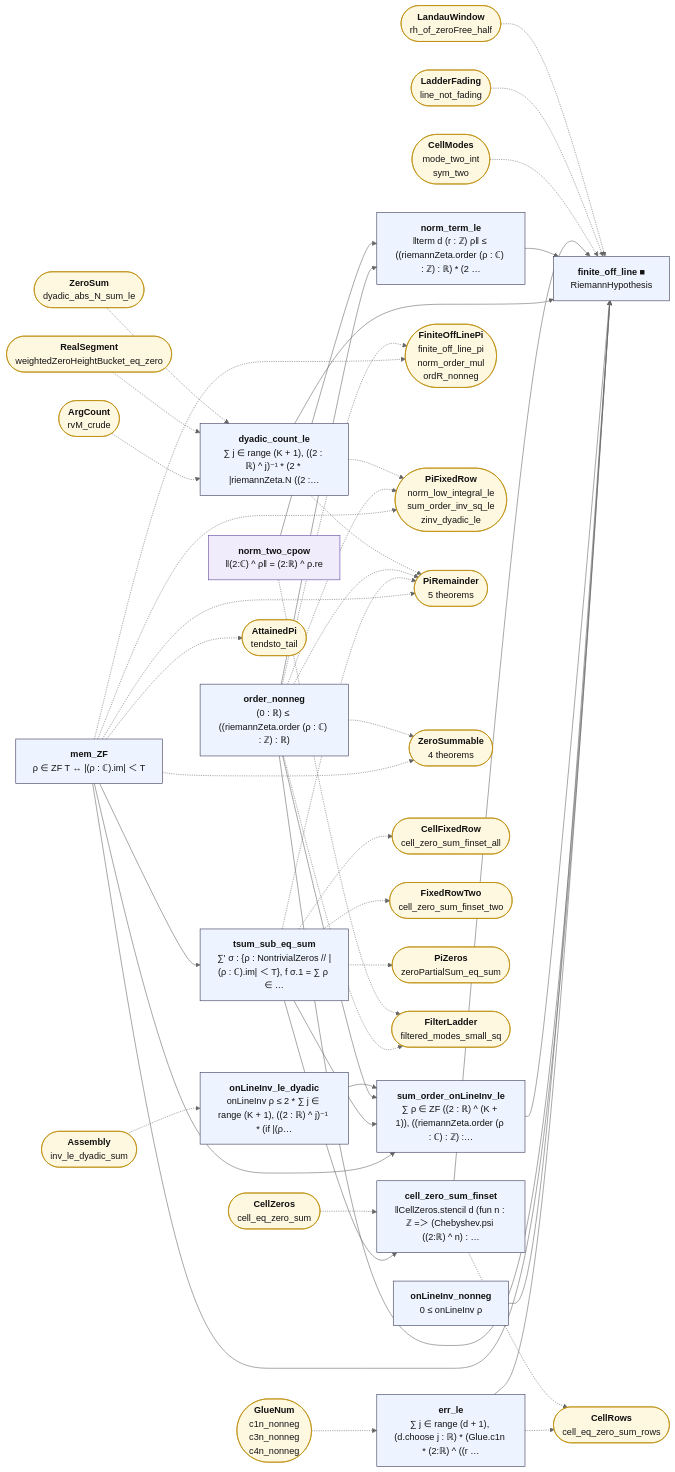
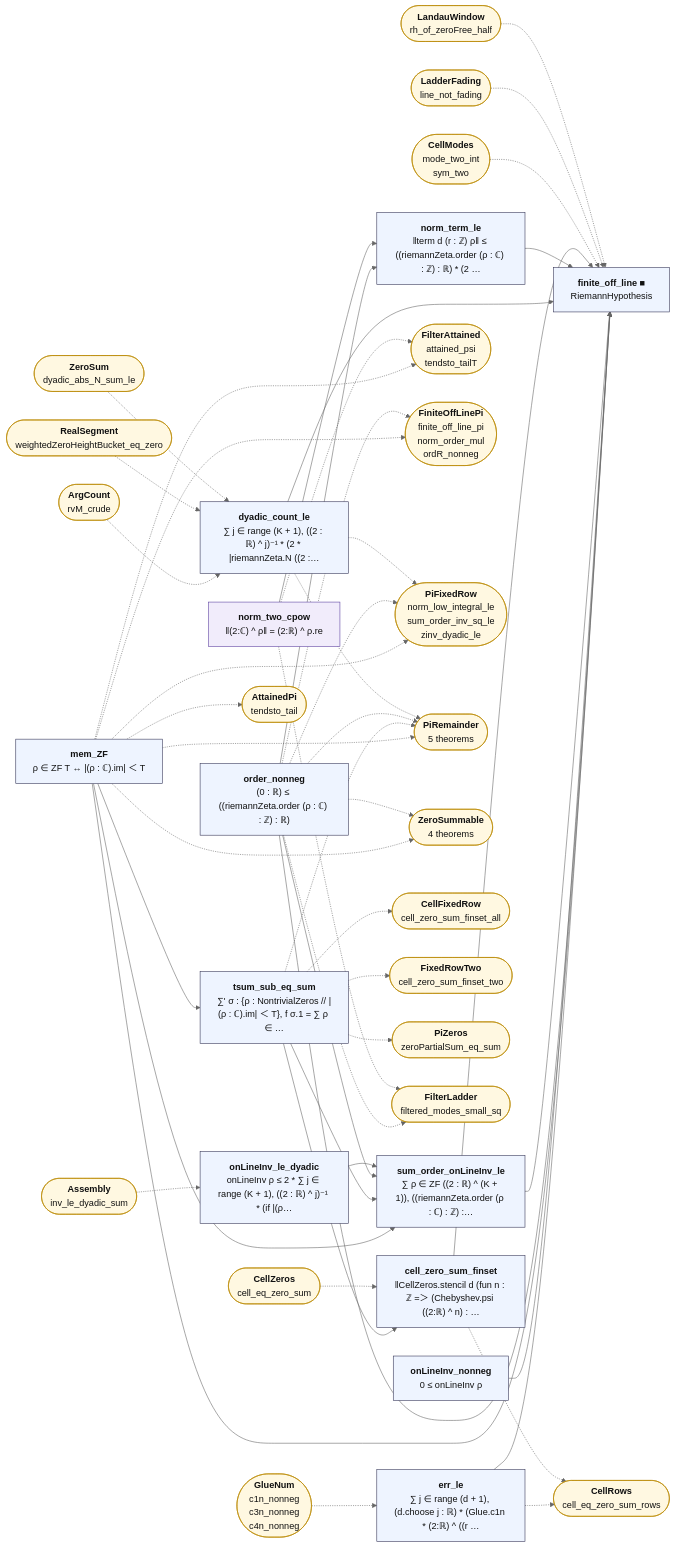
Before and after one commit to juliansambranojr/Primebeat_081426: the diagram in map/lean_stage3/FiniteOffLine.mmd, drawn with Mermaid (neutral theme). The commit also changed 36 other files, not shown here.

First line of the commit message:
Block S2: a rate attained under some filter contradicts the ladder bound (unit 0467)

```diff
--- a/map/lean_stage3/FiniteOffLine.mmd
+++ b/map/lean_stage3/FiniteOffLine.mmd
@@ -1,84 +1,87 @@
 flowchart LR
   n0["<b>mem_ZF</b><br/>ρ ∈ ZF T ↔ |(ρ : ℂ).im| ＜ T"]:::thm
   n1["<b>tsum_sub_eq_sum</b><br/>∑' σ : {ρ : NontrivialZeros // |(ρ : ℂ).im| ＜ T}, f σ.1 = ∑ ρ ∈ …"]:::thm
   n2["<b>order_nonneg</b><br/>(0 : ℝ) ≤ ((riemannZeta.order (ρ : ℂ) : ℤ) : ℝ)"]:::thm
   n3["<b>onLineInv_nonneg</b><br/>0 ≤ onLineInv ρ"]:::thm
   n4["<b>onLineInv_le_dyadic</b><br/>onLineInv ρ ≤ 2 * ∑ j ∈ range (K + 1), ((2 : ℝ) ^ j)⁻¹ * (if |(ρ…"]:::thm
   n5["<b>sum_order_onLineInv_le</b><br/>∑ ρ ∈ ZF ((2 : ℝ) ^ (K + 1)), ((riemannZeta.order (ρ : ℂ) : ℤ) :…"]:::thm
   n6["<b>dyadic_count_le</b><br/>∑ j ∈ range (K + 1), ((2 : ℝ) ^ j)⁻¹ * (2 * |riemannZeta.N ((2 :…"]:::thm
   n7["<b>norm_two_cpow</b><br/>‖(2:ℂ) ^ ρ‖ = (2:ℝ) ^ ρ.re"]:::shp
   n8["<b>norm_term_le</b><br/>‖term d (r : ℤ) ρ‖ ≤ ((riemannZeta.order (ρ : ℂ) : ℤ) : ℝ) * (2 …"]:::thm
   n9["<b>cell_zero_sum_finset</b><br/>‖CellZeros.stencil d (fun n : ℤ =＞ (Chebyshev.psi ((2:ℝ) ^ n) : …"]:::thm
   n10["<b>err_le</b><br/>∑ j ∈ range (d + 1), (d.choose j : ℝ) * (Glue.c1n * (2:ℝ) ^ ((r …"]:::thm
   n11["<b>finite_off_line ■</b><br/>RiemannHypothesis"]:::thm
   x0(["<b>AttainedPi</b><br/>tendsto_tail"]):::ext
-  x1(["<b>FiniteOffLinePi</b><br/>finite_off_line_pi<br/>norm_order_mul<br/>ordR_nonneg"]):::ext
-  x2(["<b>PiFixedRow</b><br/>norm_low_integral_le<br/>sum_order_inv_sq_le<br/>zinv_dyadic_le"]):::ext
-  x3(["<b>PiRemainder</b><br/>5 theorems"]):::ext
-  x4(["<b>ZeroSummable</b><br/>4 theorems"]):::ext
-  x5(["<b>CellFixedRow</b><br/>cell_zero_sum_finset_all"]):::ext
-  x6(["<b>FixedRowTwo</b><br/>cell_zero_sum_finset_two"]):::ext
-  x7(["<b>PiZeros</b><br/>zeroPartialSum_eq_sum"]):::ext
-  x8(["<b>FilterLadder</b><br/>filtered_modes_small_sq"]):::ext
-  x9(["<b>Assembly</b><br/>inv_le_dyadic_sum"]):::ext
-  x10(["<b>ArgCount</b><br/>rvM_crude"]):::ext
-  x11(["<b>RealSegment</b><br/>weightedZeroHeightBucket_eq_zero"]):::ext
-  x12(["<b>ZeroSum</b><br/>dyadic_abs_N_sum_le"]):::ext
-  x13(["<b>CellZeros</b><br/>cell_eq_zero_sum"]):::ext
-  x14(["<b>CellRows</b><br/>cell_eq_zero_sum_rows"]):::ext
-  x15(["<b>GlueNum</b><br/>c1n_nonneg<br/>c3n_nonneg<br/>c4n_nonneg"]):::ext
-  x16(["<b>CellModes</b><br/>mode_two_int<br/>sym_two"]):::ext
-  x17(["<b>LadderFading</b><br/>line_not_fading"]):::ext
-  x18(["<b>LandauWindow</b><br/>rh_of_zeroFree_half"]):::ext
+  x1(["<b>FilterAttained</b><br/>attained_psi<br/>tendsto_tailT"]):::ext
+  x2(["<b>FiniteOffLinePi</b><br/>finite_off_line_pi<br/>norm_order_mul<br/>ordR_nonneg"]):::ext
+  x3(["<b>PiFixedRow</b><br/>norm_low_integral_le<br/>sum_order_inv_sq_le<br/>zinv_dyadic_le"]):::ext
+  x4(["<b>PiRemainder</b><br/>5 theorems"]):::ext
+  x5(["<b>ZeroSummable</b><br/>4 theorems"]):::ext
+  x6(["<b>CellFixedRow</b><br/>cell_zero_sum_finset_all"]):::ext
+  x7(["<b>FixedRowTwo</b><br/>cell_zero_sum_finset_two"]):::ext
+  x8(["<b>PiZeros</b><br/>zeroPartialSum_eq_sum"]):::ext
+  x9(["<b>FilterLadder</b><br/>filtered_modes_small_sq"]):::ext
+  x10(["<b>Assembly</b><br/>inv_le_dyadic_sum"]):::ext
+  x11(["<b>ArgCount</b><br/>rvM_crude"]):::ext
+  x12(["<b>RealSegment</b><br/>weightedZeroHeightBucket_eq_zero"]):::ext
+  x13(["<b>ZeroSum</b><br/>dyadic_abs_N_sum_le"]):::ext
+  x14(["<b>CellZeros</b><br/>cell_eq_zero_sum"]):::ext
+  x15(["<b>CellRows</b><br/>cell_eq_zero_sum_rows"]):::ext
+  x16(["<b>GlueNum</b><br/>c1n_nonneg<br/>c3n_nonneg<br/>c4n_nonneg"]):::ext
+  x17(["<b>CellModes</b><br/>mode_two_int<br/>sym_two"]):::ext
+  x18(["<b>LadderFading</b><br/>line_not_fading"]):::ext
+  x19(["<b>LandauWindow</b><br/>rh_of_zeroFree_half"]):::ext
   n0 --> n1
   n0 --> n11
   n0 --> n5
   n1 --> n5
   n1 --> n9
   n10 --> n11
   n2 --> n11
   n2 --> n5
   n2 --> n8
   n3 --> n11
   n4 --> n5
   n5 --> n11
   n6 --> n11
   n7 --> n8
   n8 --> n11
   n9 --> n11
   n0 -.-> x0
   n0 -.-> x1
   n0 -.-> x2
   n0 -.-> x3
   n0 -.-> x4
-  n1 -.-> x3
-  n1 -.-> x5
+  n0 -.-> x5
+  n1 -.-> x4
   n1 -.-> x6
   n1 -.-> x7
-  n10 -.-> x14
-  n2 -.-> x1
+  n1 -.-> x8
+  n10 -.-> x15
   n2 -.-> x2
   n2 -.-> x3
   n2 -.-> x4
-  n2 -.-> x8
-  n6 -.-> x2
+  n2 -.-> x5
+  n2 -.-> x9
   n6 -.-> x3
-  n7 -.-> x8
-  n9 -.-> x14
-  x10 -.-> n6
+  n6 -.-> x4
+  n7 -.-> x1
+  n7 -.-> x9
+  n9 -.-> x15
+  x10 -.-> n4
   x11 -.-> n6
   x12 -.-> n6
-  x13 -.-> n9
-  x15 -.-> n10
-  x16 -.-> n11
+  x13 -.-> n6
+  x14 -.-> n9
+  x16 -.-> n10
   x17 -.-> n11
   x18 -.-> n11
-  x9 -.-> n4
+  x19 -.-> n11
   classDef cnt fill:#dff5ec,stroke:#17694a,color:#111
   classDef shp fill:#f1ecfb,stroke:#5b3fa0,color:#111
   classDef rh fill:#ffe5e5,stroke:#c22,color:#111,stroke-width:2px
   classDef thm fill:#eef4ff,stroke:#335,color:#111
   classDef end_ fill:#e7f7e7,stroke:#2a7,color:#111,stroke-width:2px
   classDef lone fill:#fff,stroke:#999,color:#111,stroke-dasharray:4 3
   classDef bad fill:#ffe5e5,stroke:#c22,color:#111,stroke-width:2px
   classDef ext fill:#fff8e1,stroke:#b80,color:#111
```
